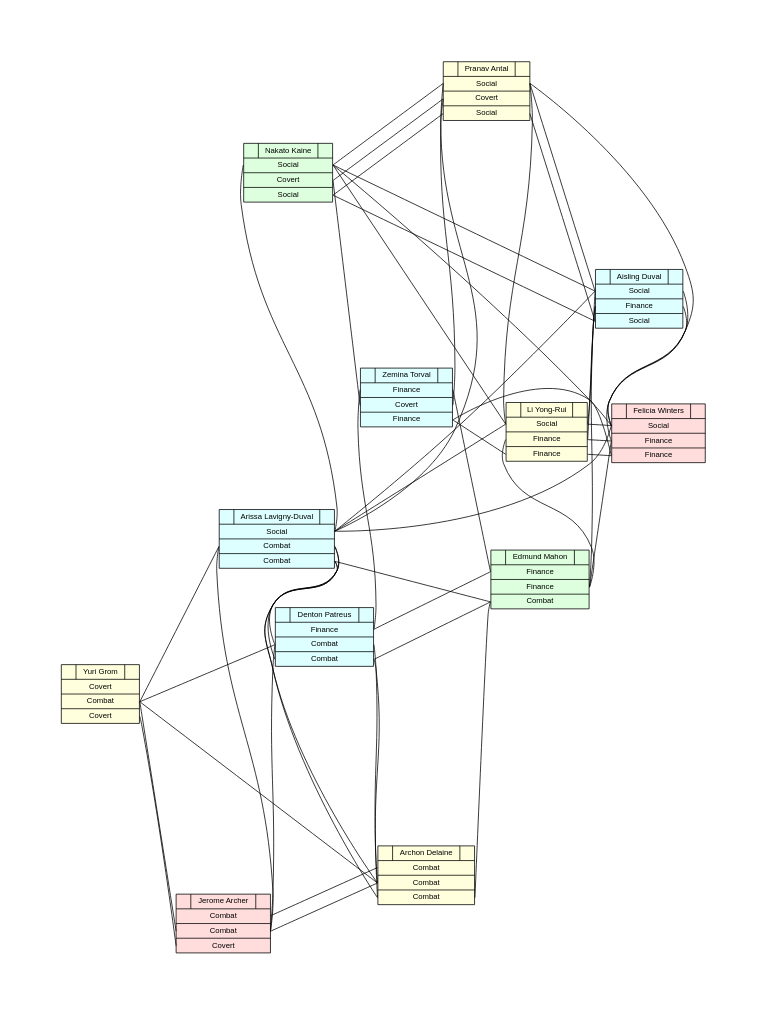
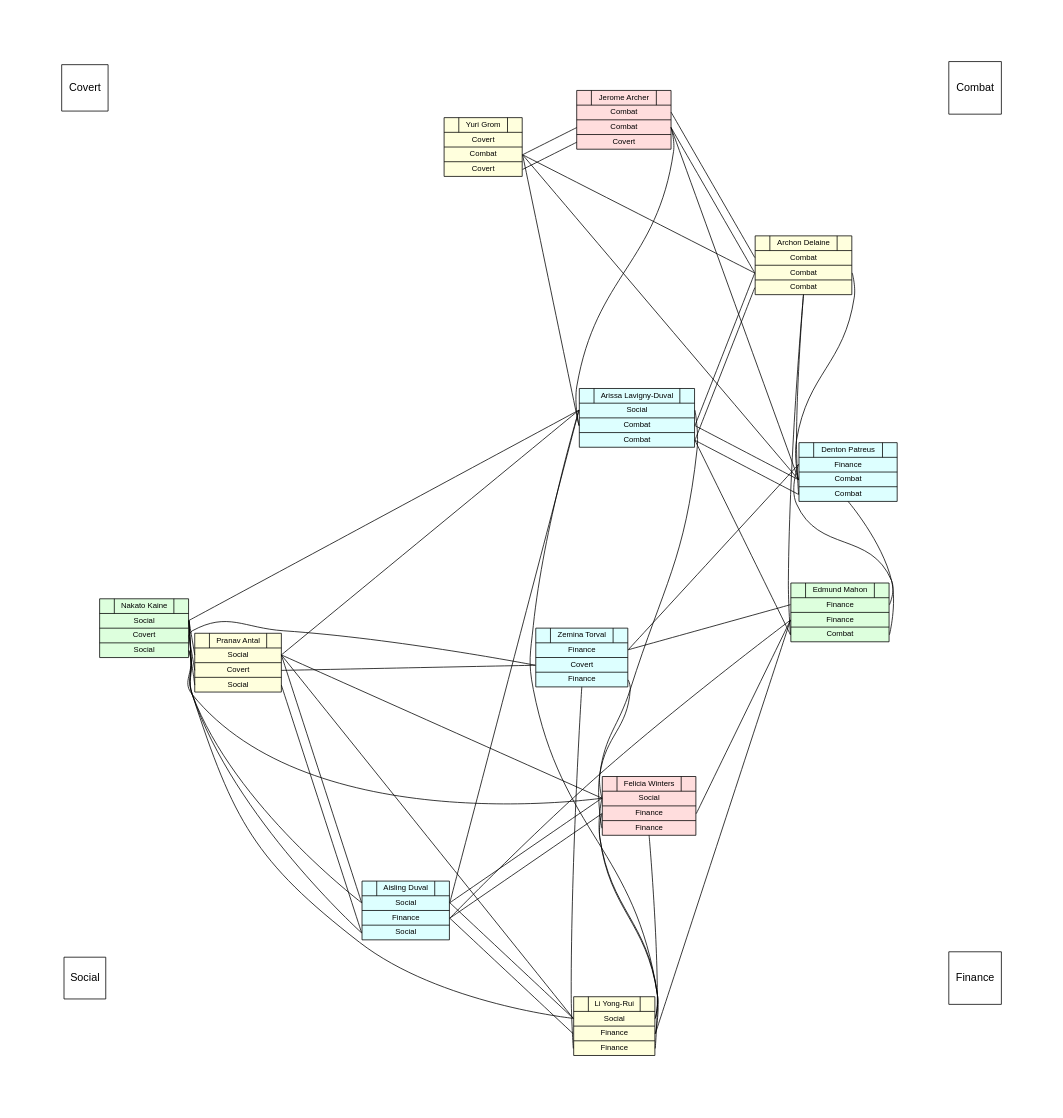
The diagram in docs/ethos.gv (cim--/edheatmap), drawn with Graphviz before and after one commit. The commit also changed 1 other file, not shown here.

Commit message:
Update ethos graphic

```diff
--- a/docs/ethos.gv
+++ b/docs/ethos.gv
@@ -1,82 +1,105 @@
 graph ethos {
 	layout=fdp; K=3; 
 	/* layout=neato; edge [len=4]; */
     rankdir=LR;
     overlap=scale;
     splines=true;
     node [fontname="sans-serif"; fontsize=10;]
     start=6;
     pad=1;
-    
+
+    { node [fontsize=14]
+    Social [shape=square; pos="0,0!"];
+    Combat [shape=square; pos="15,15!"];
+    Covert [shape=square; pos="0,15!"];
+    Finance [shape=square; pos="15,0!"];
+    }
     ADu [shape=record; style=filled; fillcolor="#ddffff"; label="{ | Aisling Duval | } | <A> Social | <R> Finance | <U> Social"];
     ADe [shape=record; style=filled; fillcolor="#ffffdd"; label="{ | Archon Delaine | } | <A> Combat | <R> Combat | <U> Combat"];
     ALD [shape=record; style=filled; fillcolor="#ddffff"; label="{ | Arissa Lavigny-Duval | } | <A> Social | <R> Combat | <U> Combat"];
     DP [shape=record; style=filled; fillcolor="#ddffff"; label="{ | Denton Patreus | } | <A> Finance | <R> Combat | <U> Combat"];
     EM [shape=record; style=filled; fillcolor="#ddffdd"; label="{ | Edmund Mahon | } | <A> Finance | <R> Finance | <U> Combat"];
     FW [shape=record; style=filled; fillcolor="#ffdddd"; label="{ | Felicia Winters | } | <A> Social | <R> Finance | <U> Finance"];
     JA [shape=record; style=filled; fillcolor="#ffdddd"; label="{ | Jerome Archer | } | <A> Combat | <R> Combat | <U> Covert"];
     LYR [shape=record; style=filled; fillcolor="#ffffdd"; label="{ | Li Yong-Rui | } | <A> Social | <R> Finance | <U> Finance"];
     NK  [shape=record; style=filled; fillcolor="#ddffdd"; label="{ | Nakato Kaine | } | <A> Social | <R> Covert | <U> Social"];
     PA  [shape=record; style=filled; fillcolor="#ffffdd"; label="{ | Pranav Antal | } | <A> Social | <R> Covert | <U> Social"];
     YG  [shape=record; style=filled; fillcolor="#ffffdd"; label="{ | Yuri Grom | } | <A> Covert | <R> Combat | <U> Covert"];
     ZT [shape=record; style=filled; fillcolor="#ddffff"; label="{ | Zemina Torval | } | <A> Finance | <R> Covert | <U> Finance"];
     
     /* Acquisition */
     /* *Social* */
     { edge [weight = 0.25];
     ADu:A -- ALD:A -- FW:A -- LYR:A -- NK:A -- PA:A -- ADu:A
     ADu:A -- FW:A -- NK:A -- ADu:A
     ALD:A -- LYR:A -- PA:A -- ALD:A
     ADu:A -- LYR:A
     ALD:A -- NK:A
     FW:A -- PA:A
     }
     /* *Finance* */
     { edge [weight = 1];
     DP:A -- EM:A -- ZT:A -- DP:A
     }
     /* *Combat* */
     { edge [weight = 1.25];
     ADe:A -- JA:A
     }
     /* *Covert* */
 
     /* Reinforcement */
     /* *Social* */
     /* *Finance* */
     { edge [weight = 1];
     ADu:R -- EM:R -- FW:R -- LYR:R -- ADu:R
     ADu:R -- FW:R
     EM:R -- LYR:R
     }
     /* *Combat* */
     { edge [weight = 0.75];
     ADe:R -- ALD:R -- DP:R -- JA:R -- YG:R -- ADe:R
     ADe:R -- DP:R -- YG:R -- ALD:R -- JA:R -- ADe:R
     }
     /* *Covert* */
     { edge [weight = 1.25];
     NK:R -- PA:R -- ZT:R -- NK:R
     }
 
     /* Undermining */
     /* *Social* */
     { edge [weight = 1.25];
     ADu:U -- NK:U -- PA:U -- ADu:U
     }
     /* *Finance* */
     { edge [weight = 1.25];
     FW:U -- LYR:U -- ZT:U -- FW:U
     }
     /* *Combat* */
     { edge [weight = 0.75];
     ADe:U -- ALD:U -- DP:U -- EM:U -- ADe:U
     ADe:U -- DP:U
     ALD:U -- EM:U
     }
     /* *Covert* */
     { edge [weight = 1.5];
     JA:U -- YG:U
     }
-    
+
+    { edge [style=invis];
+    { edge [weight=5];
+    /* Strong links */
+    Social -- { ADu PA NK }
+    Finance -- { LYR FW ZT EM }
+    Combat -- { JA ADe ALD DP }
+    Covert -- { YG }
+    }
+
+    { edge [weight=2.5];
+    /* Weak links */
+    Social -- { LYR FW ALD }
+    Finance -- { ADu DP }
+    Combat -- { YG EM }
+    Covert -- { JA PA NK ZT }
+    }
+    } 
 }
```
